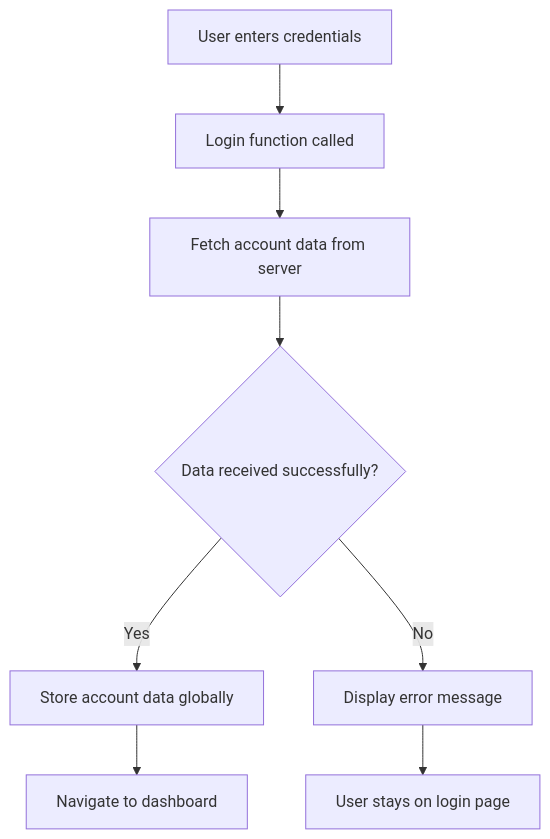
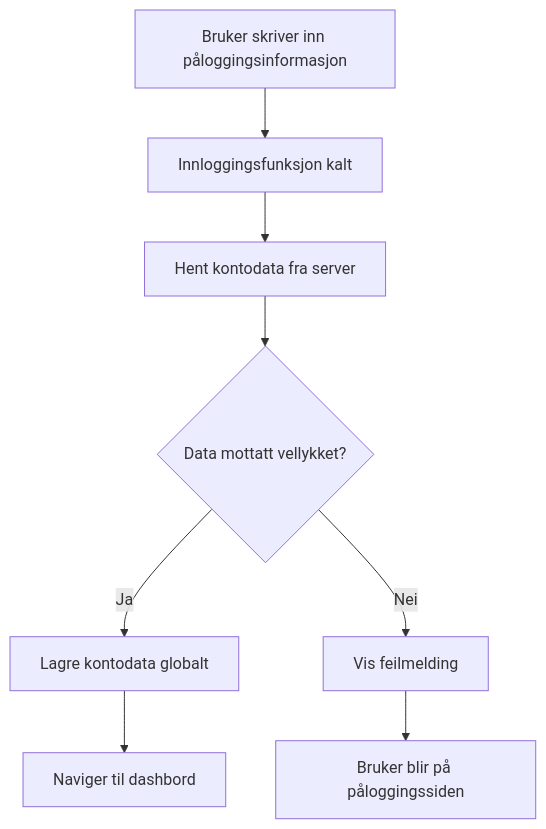
Before and after one commit to microsoft/Web-Dev-For-Beginners: the seventh of 11 diagrams in translations/no/7-bank-project/3-data/README.md, drawn with Mermaid. The commit also changed other lines of this file and 99 other files, not shown here.

````diff
--- a/translations/no/7-bank-project/3-data/README.md
+++ b/translations/no/7-bank-project/3-data/README.md
@@ -261,10 +371,10 @@
 ```mermaid
 flowchart TD
-    A[User enters credentials] --> B[Login function called]
-    B --> C[Fetch account data from server]
-    C --> D{Data received successfully?}
-    D -->|Yes| E[Store account data globally]
-    D -->|No| F[Display error message]
-    E --> G[Navigate to dashboard]
-    F --> H[User stays on login page]
-```
+    A[Bruker skriver inn påloggingsinformasjon] --> B[Innloggingsfunksjon kalt]
+    B --> C[Hent kontodata fra server]
+    C --> D{Data mottatt vellykket?}
+    D -->|Ja| E[Lagre kontodata globalt]
+    D -->|Nei| F[Vis feilmelding]
+    E --> G[Naviger til dashbord]
+    F --> H[Bruker blir på påloggingssiden]
+```  
````
